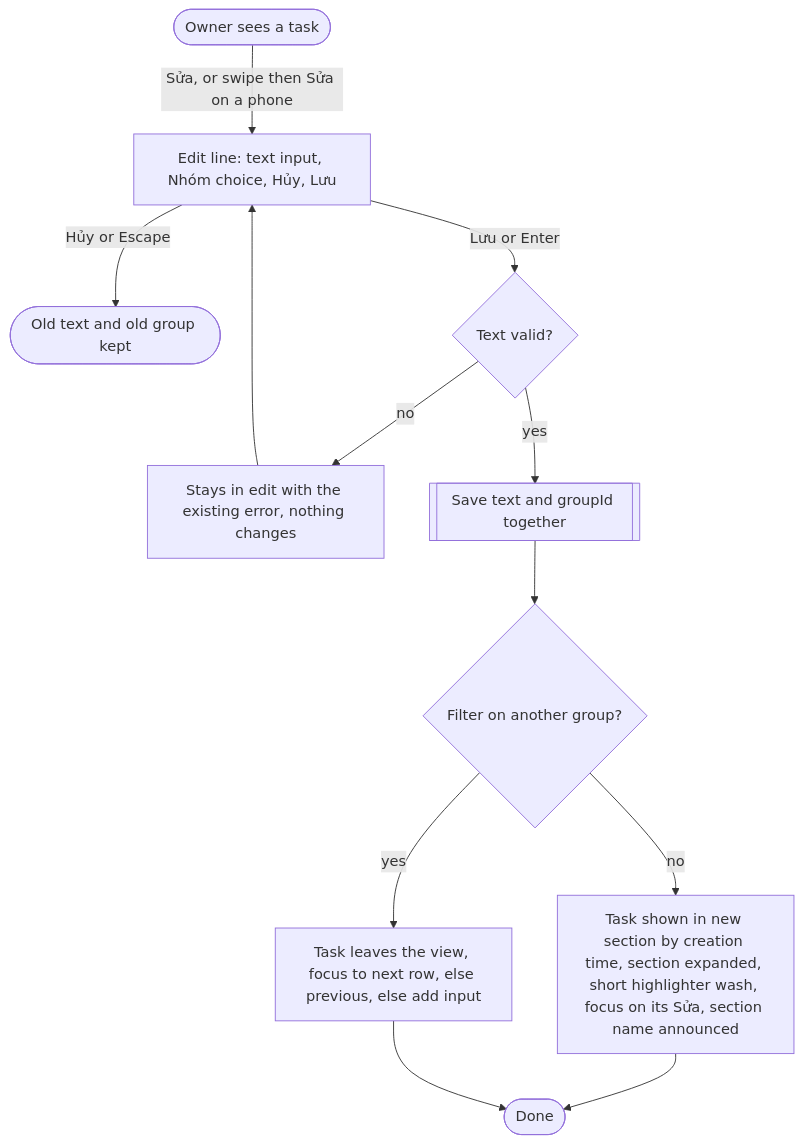
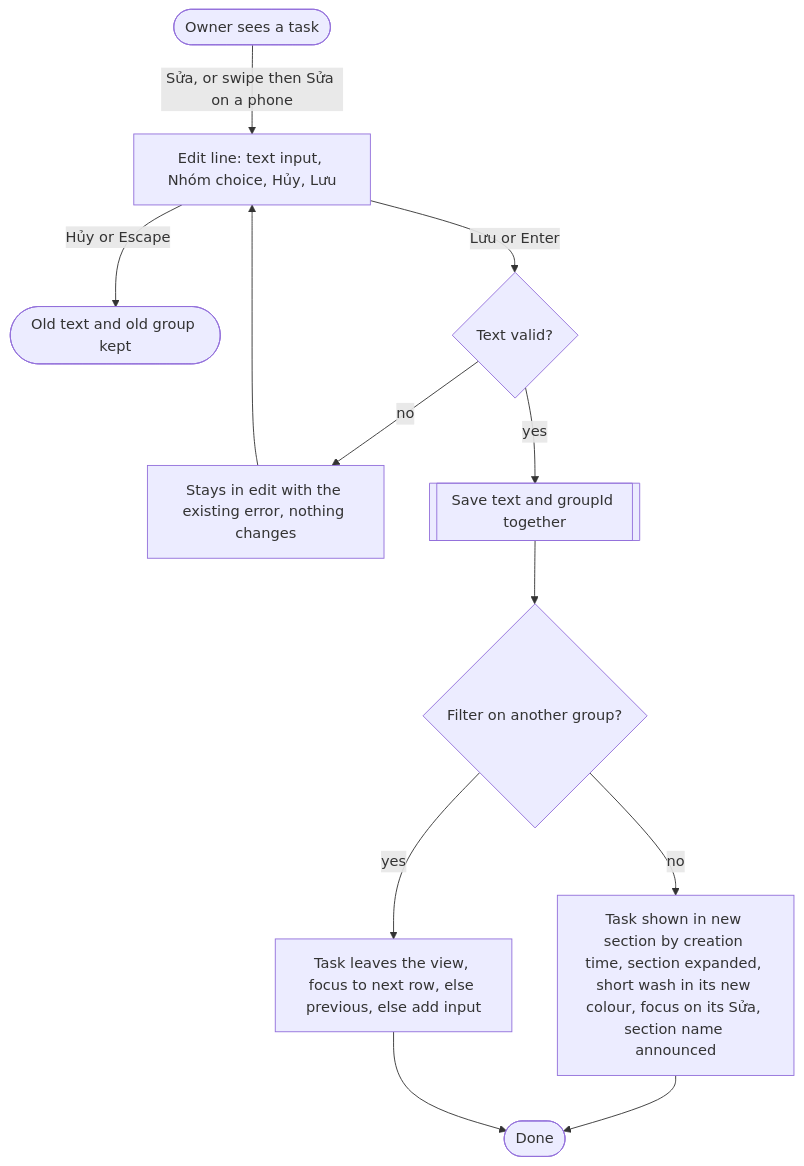
One commit to pham-cao/todo-list changed the second of 4 diagrams in docs/project/specs/task-groups/ux/flows.md. Above: the diagram before and after it, drawn with Mermaid. The commit also changed other lines of this file and 115 other files, not shown here.

````diff
--- a/docs/project/specs/task-groups/ux/flows.md
+++ b/docs/project/specs/task-groups/ux/flows.md
@@ -40,14 +40,14 @@
 ```mermaid
 flowchart TD
   A([Owner sees a task]) -->|Sửa, or swipe then Sửa on a phone| B[Edit line: text input, Nhóm choice, Hủy, Lưu]
   B -->|Hủy or Escape| C([Old text and old group kept])
   B -->|Lưu or Enter| D{Text valid?}
   D -->|no| D1[Stays in edit with the existing error, nothing changes]
   D1 --> B
   D -->|yes| E[[Save text and groupId together]]
   E --> F{Filter on another group?}
-  F -->|no| G[Task shown in new section by creation time, section expanded, short highlighter wash, focus on its Sửa, section name announced]
+  F -->|no| G[Task shown in new section by creation time, section expanded, short wash in its new colour, focus on its Sửa, section name announced]
   F -->|yes| H[Task leaves the view, focus to next row, else previous, else add input]
   G --> I([Done])
   H --> I
 ```
````
